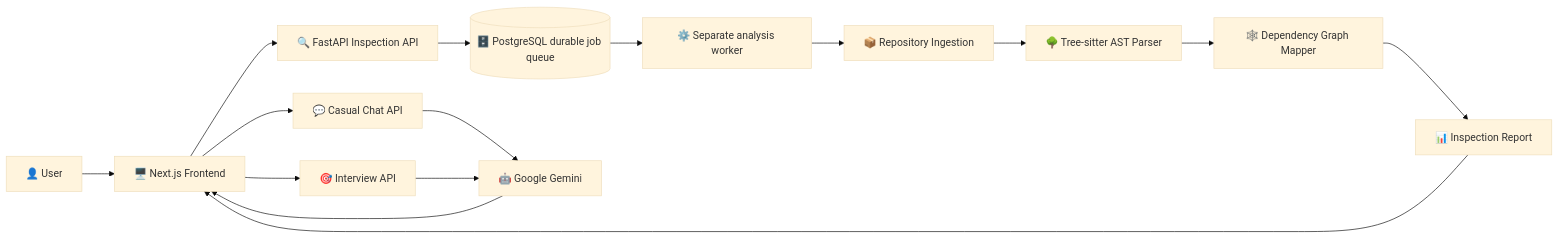
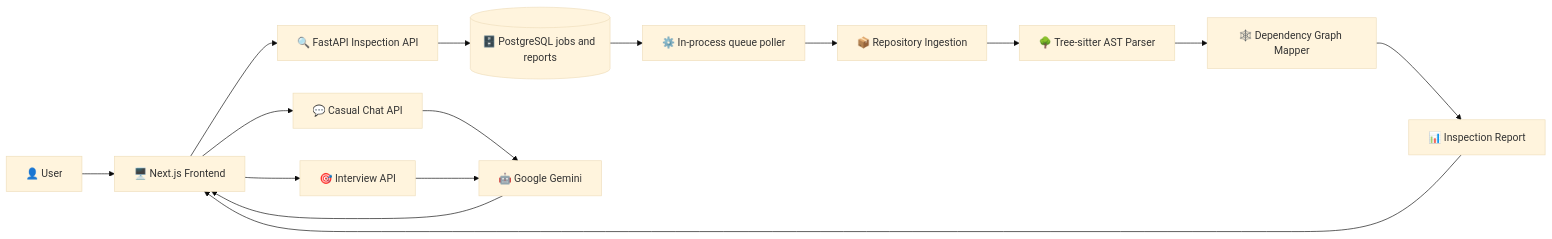
One commit to MagnificentGarren/reposeer changed the diagram in README.md. Above: the diagram before and after it, drawn with Mermaid (base theme). The commit also changed other lines of this file, not shown here.

````diff
--- a/README.md
+++ b/README.md
@@ -237,22 +245,22 @@
 ```mermaid
 flowchart LR
 
     User[👤 User] --> Frontend[🖥️ Next.js Frontend]
 
     Frontend --> Inspect[🔍 FastAPI Inspection API]
     Frontend --> Chat[💬 Casual Chat API]
     Frontend --> Interview[🎯 Interview API]
 
-    Inspect --> Queue[(🗄️ PostgreSQL durable job queue)]
-    Queue --> Worker[⚙️ Separate analysis worker]
+    Inspect --> Queue[(🗄️ PostgreSQL jobs and reports)]
+    Queue --> Worker[⚙️ In-process queue poller]
     Worker --> Ingestion[📦 Repository Ingestion]
     Ingestion --> Parser[🌳 Tree-sitter AST Parser]
     Parser --> Graph[🕸️ Dependency Graph Mapper]
     Graph --> Report[📊 Inspection Report]
 
     Chat --> Gemini[🤖 Google Gemini]
     Interview --> Gemini
 
     Report --> Frontend
     Gemini --> Frontend
 ```
````
